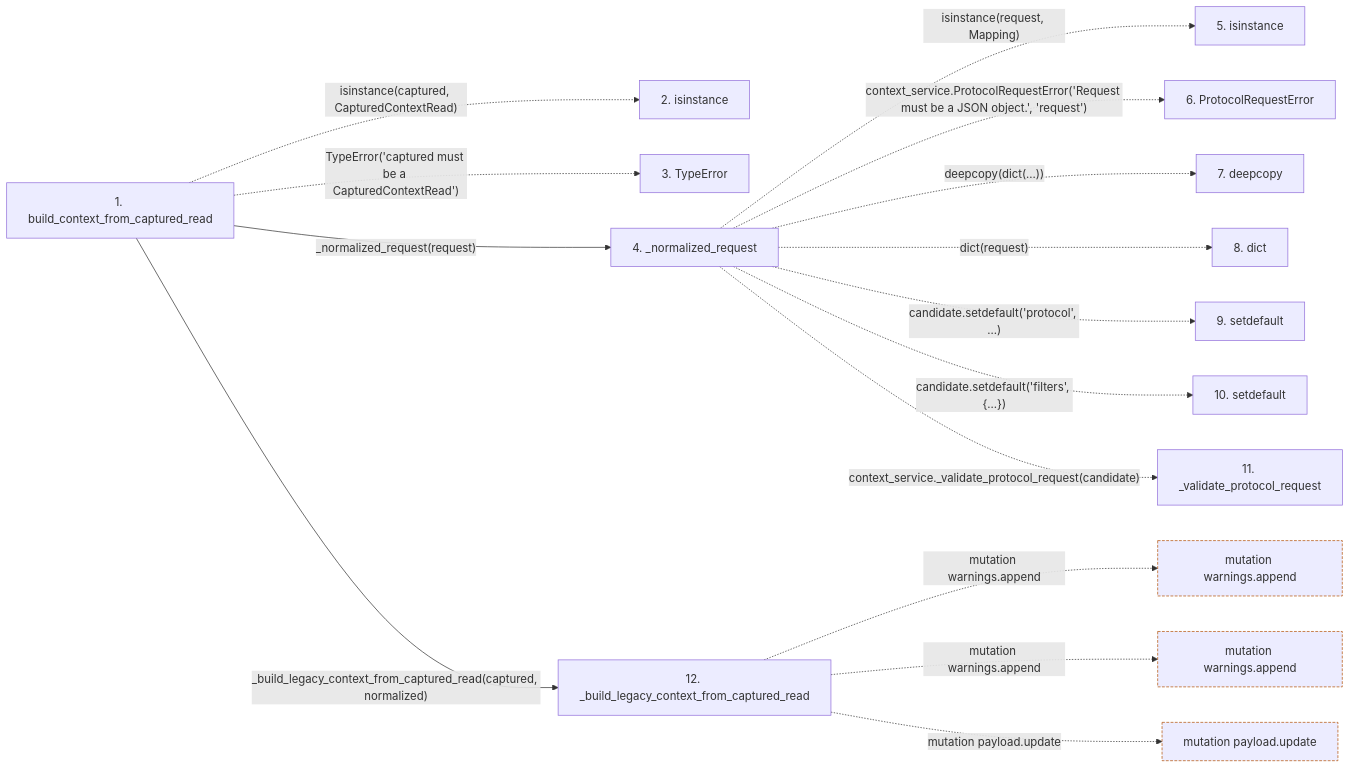
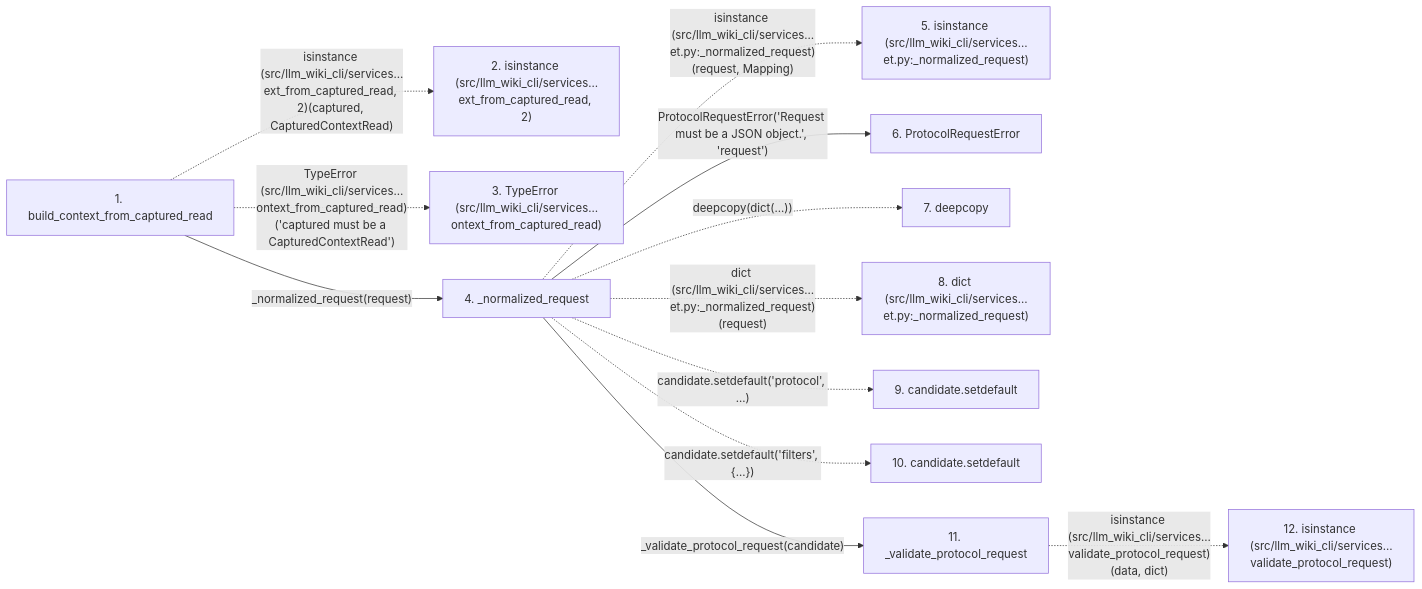
Before and after one commit to Denissvgn/python-wiki-llm: the second of 2 diagrams in docs/llm_wiki/flows/api-build_context_from_captured_read.md, drawn with Mermaid. The commit also changed other lines of this file and 719 other files, not shown here.

````diff
--- a/docs/llm_wiki/flows/api-build_context_from_captured_read.md
+++ b/docs/llm_wiki/flows/api-build_context_from_captured_read.md
@@ -70,39 +78,30 @@
 ```mermaid
 flowchart LR
     s1["1. build_context_from_captured_read"]
-    s2["2. isinstance"]
-    s3["3. TypeError"]
+    s2["2. isinstance (src/llm_wiki_cli/services…ext_from_captured_read, 2)"]
+    s3["3. TypeError (src/llm_wiki_cli/services…ontext_from_captured_read)"]
     s4["4. _normalized_request"]
-    s5["5. isinstance"]
+    s5["5. isinstance (src/llm_wiki_cli/services…et.py:_normalized_request)"]
     s6["6. ProtocolRequestError"]
     s7["7. deepcopy"]
-    s8["8. dict"]
-    s9["9. setdefault"]
-    s10["10. setdefault"]
+    s8["8. dict (src/llm_wiki_cli/services…et.py:_normalized_request)"]
+    s9["9. candidate.setdefault"]
+    s10["10. candidate.setdefault"]
     s11["11. _validate_protocol_request"]
-    s12["12. _build_legacy_context_from_captured_read"]
-    s1 -. "isinstance(captured, CapturedContextRead)" .-> s2
-    s1 -. "TypeError('captured must be a CapturedContextRead')" .-> s3
+    s12["12. isinstance (src/llm_wiki_cli/services…validate_protocol_request)"]
+    s1 -. "isinstance (src/llm_wiki_cli/services…ext_from_captured_read, 2)(captured, CapturedContextRead)" .-> s2
+    s1 -. "TypeError (src/llm_wiki_cli/services…ontext_from_captured_read)('captured must be a CapturedContextRead')" .-> s3
     s1 -->|"_normalized_request(request)"| s4
-    s4 -. "isinstance(request, Mapping)" .-> s5
-    s4 -. "context_service.ProtocolRequestError('Request must be a JSON object.', 'request')" .-> s6
+    s4 -. "isinstance (src/llm_wiki_cli/services…et.py:_normalized_request)(request, Mapping)" .-> s5
+    s4 -->|"ProtocolRequestError('Request must be a JSON object.', 'request')"| s6
     s4 -. "deepcopy(dict(...))" .-> s7
-    s4 -. "dict(request)" .-> s8
+    s4 -. "dict (src/llm_wiki_cli/services…et.py:_normalized_request)(request)" .-> s8
     s4 -. "candidate.setdefault('protocol', ...)" .-> s9
     s4 -. "candidate.setdefault('filters', {...})" .-> s10
-    s4 -. "context_service._validate_protocol_request(candidate)" .-> s11
-    s1 -->|"_build_legacy_context_from_captured_read(captured, normalized)"| s12
-    b0["mutation warnings.append"]
-    s12 -. "mutation warnings.append" .-> b0
-    b1["mutation warnings.append"]
-    s12 -. "mutation warnings.append" .-> b1
-    b2["mutation payload.update"]
-    s12 -. "mutation payload.update" .-> b2
+    s4 -->|"_validate_protocol_request(candidate)"| s11
+    s11 -. "isinstance (src/llm_wiki_cli/services…validate_protocol_request)(data, dict)" .-> s12
     click s1 "../modules/context_packet.md"
     click s4 "../modules/context_packet.md"
-    click s12 "../modules/context_packet.md"
-    classDef boundary stroke:#b45309,stroke-dasharray: 4 2
-    class b0 boundary
-    class b1 boundary
-    class b2 boundary
+    click s6 "../modules/context_service.md"
+    click s11 "../modules/context_service.md"
 ```
````
